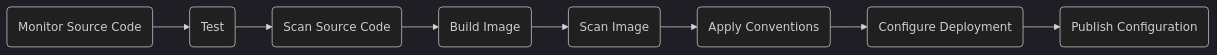
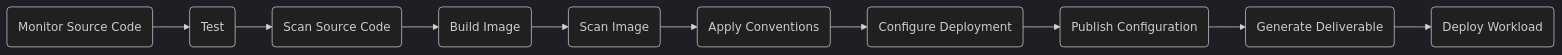
The second of 2 diagrams in README.md (ThomasVitale/cartographer-supply-chains), drawn with Mermaid (dark theme) before and after one commit. The commit also changed other lines of this file and 11 other files, not shown here.

````diff
--- a/README.md
+++ b/README.md
@@ -112,10 +113,12 @@
 ```mermaid
 flowchart LR;
   A(Monitor Source Code)-->B(Test);
   B-->C(Scan Source Code);
   C-->D(Build Image);
   D-->E(Scan Image);
   E-->F(Apply Conventions);
   F-->G(Configure Deployment);
   G-->H(Publish Configuration);
+  H-->I(Generate Deliverable);
+  I-->J(Deploy Workload);
 ```
````
